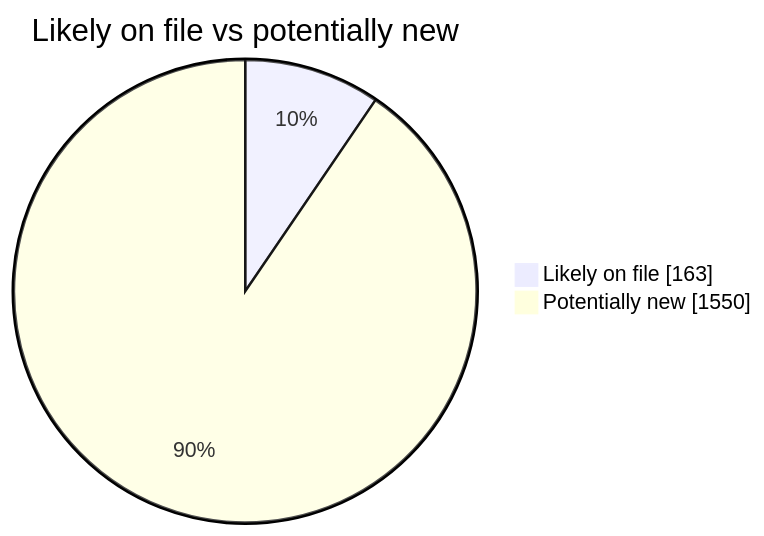
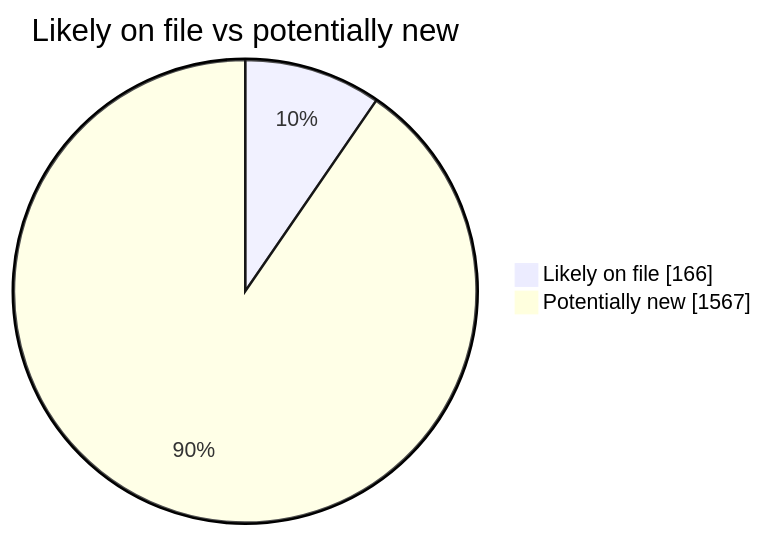
The second of 4 diagrams in README.md (martinbalfanz/social-scanner-reports), drawn with Mermaid before and after one commit. The commit also changed other lines of this file and 5 other files, not shown here.

````diff
--- a/README.md
+++ b/README.md
@@ -40,5 +40,5 @@
 ```mermaid
 pie showData title Likely on file vs potentially new
-    "Likely on file" : 163
-    "Potentially new" : 1550
+    "Likely on file" : 166
+    "Potentially new" : 1567
 ```
````
